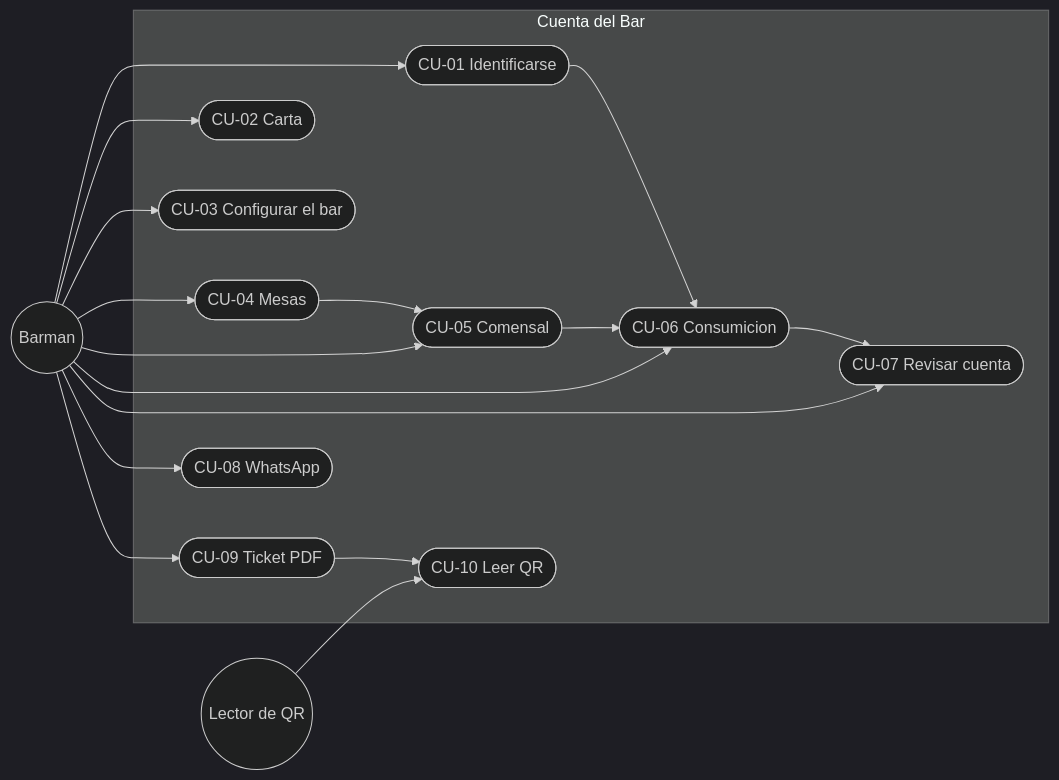
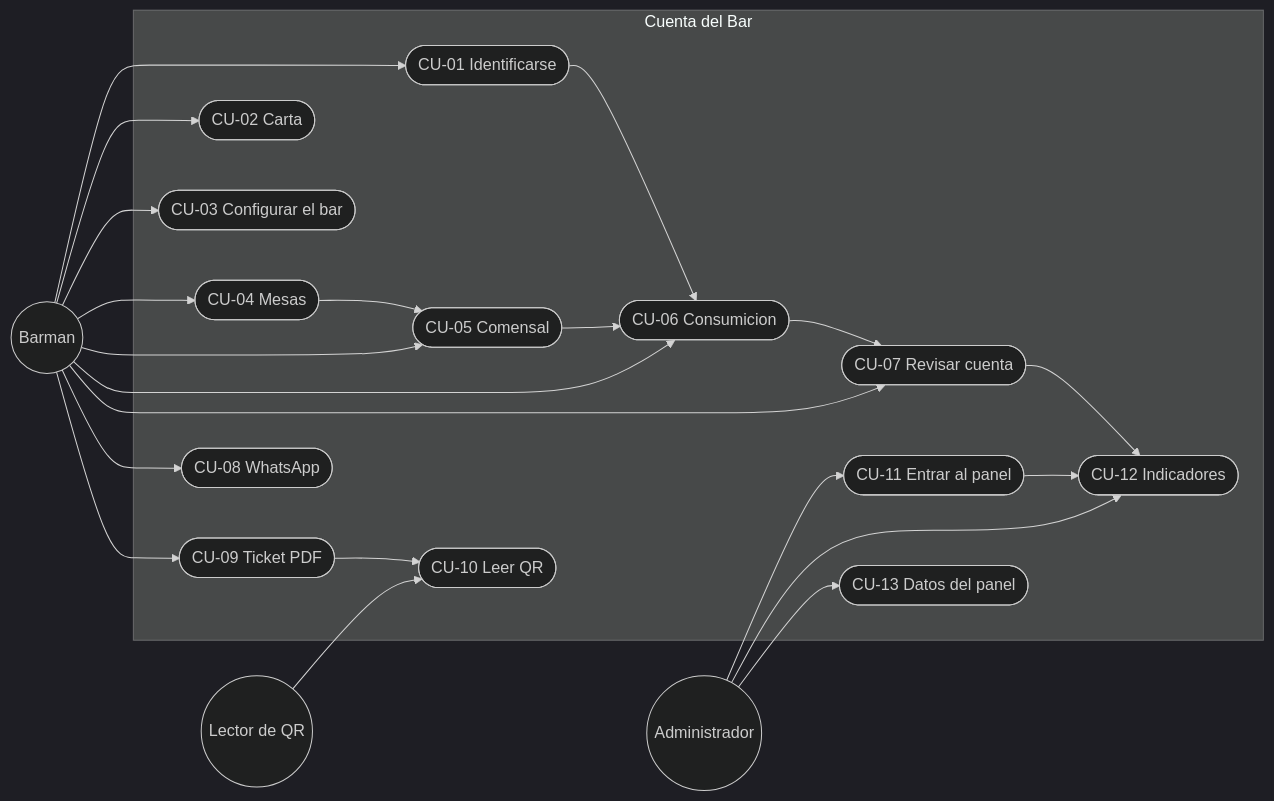
One commit to gracobjo/bar changed the diagram in docs/casos-de-uso.md. Above: the diagram before and after it, drawn with Mermaid (dark theme). The commit also changed other lines of this file and 9 other files, not shown here.

Commit message:
Añade el panel de indicadores del administrador y documenta el acceso.

````diff
--- a/docs/casos-de-uso.md
+++ b/docs/casos-de-uso.md
@@ -178,32 +239,41 @@
 ```mermaid
 flowchart LR
   barman((Barman))
+  admin((Administrador))
   lector((Lector de QR))
   subgraph app [Cuenta del Bar]
     cu01([CU-01 Identificarse])
     cu02([CU-02 Carta])
     cu03([CU-03 Configurar el bar])
     cu04([CU-04 Mesas])
     cu05([CU-05 Comensal])
     cu06([CU-06 Consumicion])
     cu07([CU-07 Revisar cuenta])
     cu08([CU-08 WhatsApp])
     cu09([CU-09 Ticket PDF])
     cu10([CU-10 Leer QR])
+    cu11([CU-11 Entrar al panel])
+    cu12([CU-12 Indicadores])
+    cu13([CU-13 Datos del panel])
   end
   barman --> cu01
   barman --> cu02
   barman --> cu03
   barman --> cu04
   barman --> cu05
   barman --> cu06
   barman --> cu07
   barman --> cu08
   barman --> cu09
+  admin --> cu11
+  admin --> cu12
+  admin --> cu13
   lector --> cu10
   cu09 --> cu10
   cu01 --> cu06
   cu04 --> cu05
   cu05 --> cu06
   cu06 --> cu07
+  cu11 --> cu12
+  cu07 --> cu12
 ```
````
